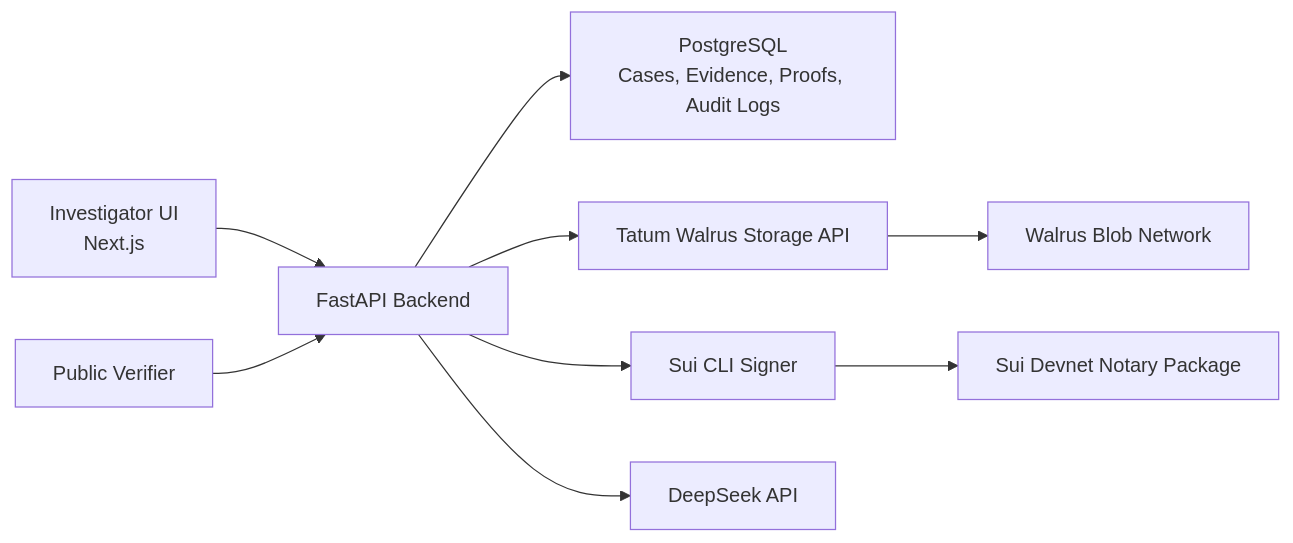
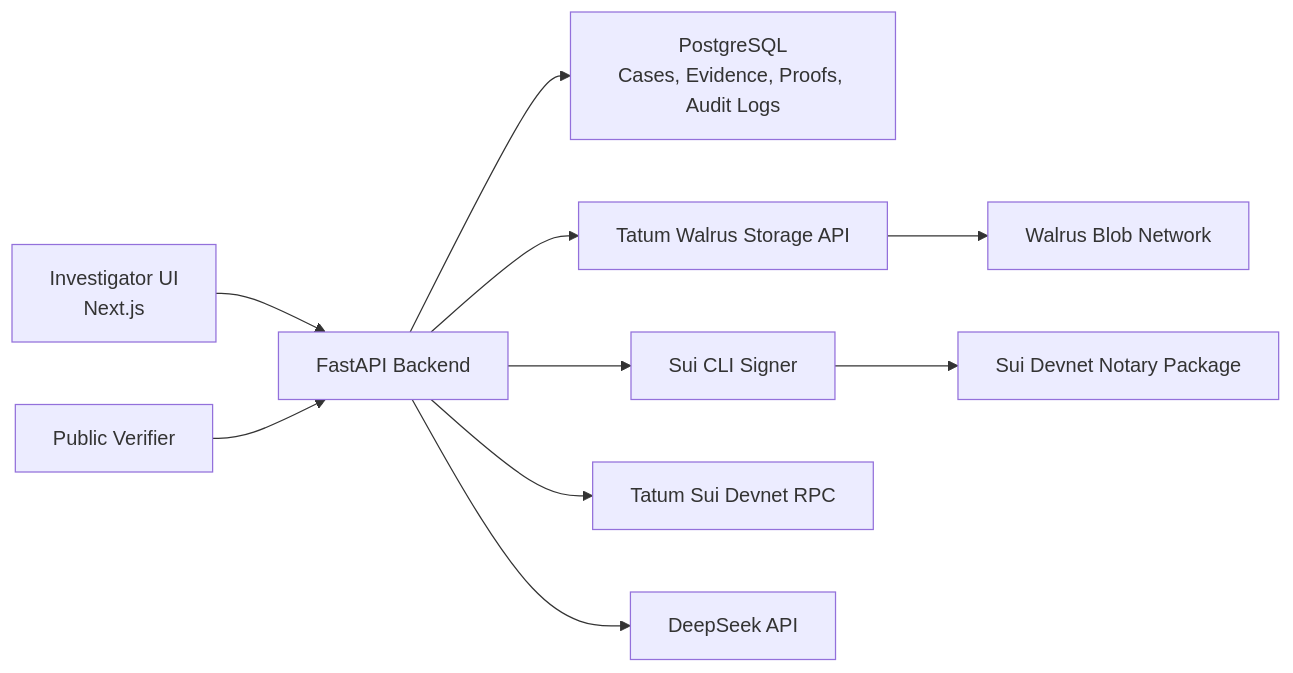
Before and after one commit to rmisra2003/VerdictChain: the diagram in README.md, drawn with Mermaid. The commit also changed other lines of this file and 9 other files, not shown here.

````diff
--- a/README.md
+++ b/README.md
@@ -50,11 +51,12 @@
 ```mermaid
 flowchart LR
   A["Investigator UI<br/>Next.js"] --> B["FastAPI Backend"]
   B --> C["PostgreSQL<br/>Cases, Evidence, Proofs, Audit Logs"]
   B --> D["Tatum Walrus Storage API"]
   D --> E["Walrus Blob Network"]
   B --> F["Sui CLI Signer"]
   F --> G["Sui Devnet Notary Package"]
+  B --> J["Tatum Sui Devnet RPC"]
   B --> H["DeepSeek API"]
   I["Public Verifier"] --> B
 ```
````
